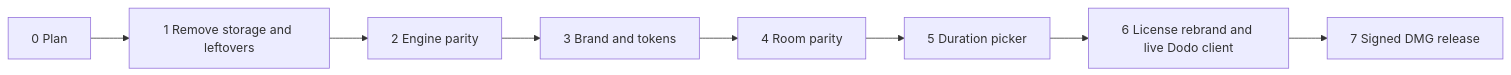
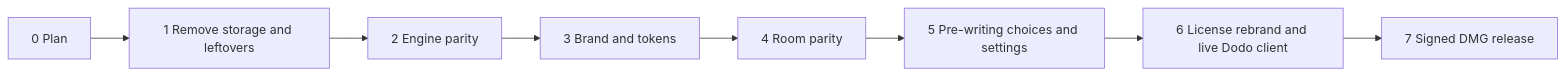
One commit to ichts/zerodraft changed the second of 2 diagrams in apps/macos/FirstLine/docs/WRITEITDOWN_PLAN.md. Above: the diagram before and after it, drawn with Mermaid. The commit also changed other lines of this file, not shown here.

First line of the commit message:
Specify macOS writing tool and batch 5 settings (#23)

````diff
--- a/apps/macos/FirstLine/docs/WRITEITDOWN_PLAN.md
+++ b/apps/macos/FirstLine/docs/WRITEITDOWN_PLAN.md
@@ -249,10 +243,10 @@
 ```mermaid
 flowchart LR
     B0[0 Plan] --> B1[1 Remove storage and leftovers]
     B1 --> B2[2 Engine parity]
     B2 --> B3[3 Brand and tokens]
     B3 --> B4[4 Room parity]
-    B4 --> B5[5 Duration picker]
+    B4 --> B5[5 Pre-writing choices and settings]
     B5 --> B6[6 License rebrand and live Dodo client]
     B6 --> B7[7 Signed DMG release]
 ```
````
